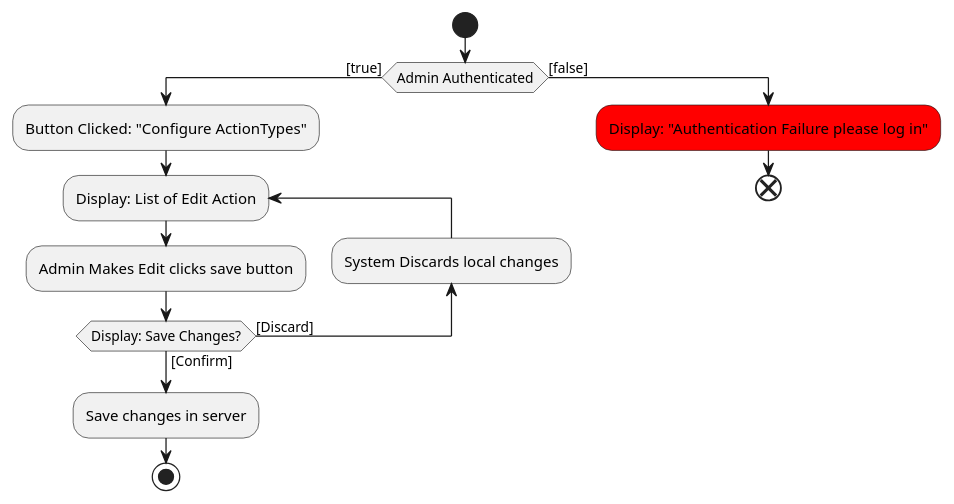
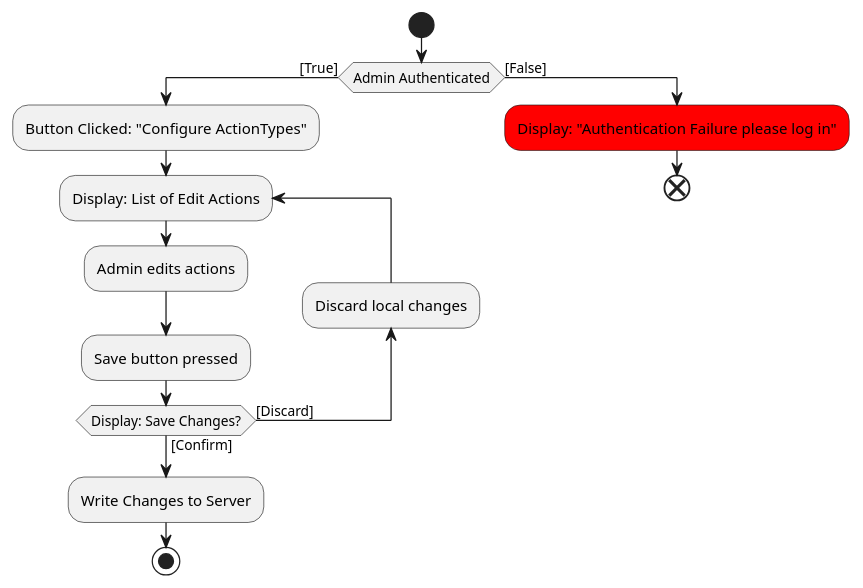
Before and after one commit to bmb0136/COMP-3700-Project: the diagram in Activities/ConfigureActionTypes.iuml, drawn with PlantUML. The commit also changed 3 other files, not shown here.

Commit message:
Updates Activity Diagrams

```diff
--- a/Activities/ConfigureActionTypes.iuml
+++ b/Activities/ConfigureActionTypes.iuml
@@ -1,14 +1,15 @@
 @startuml ConfigureActionTypes
 start
-if(Admin Authenticated) then ([true])
+if(Admin Authenticated) then ([True])
 :Button Clicked: "Configure ActionTypes";
-repeat :Display: List of Edit Action;
-:Admin Makes Edit clicks save button;
-backward :System Discards local changes;
+repeat :Display: List of Edit Actions;
+:Admin edits actions;
+:Save button pressed;
+backward :Discard local changes;
 repeat while (Display: Save Changes?) is ([Discard]) not ([Confirm])
-:Save changes in server;
+:Write Changes to Server;
 stop
-else ([false])
+else ([False])
 #red:Display: "Authentication Failure please log in";
 end
 @enduml
```
